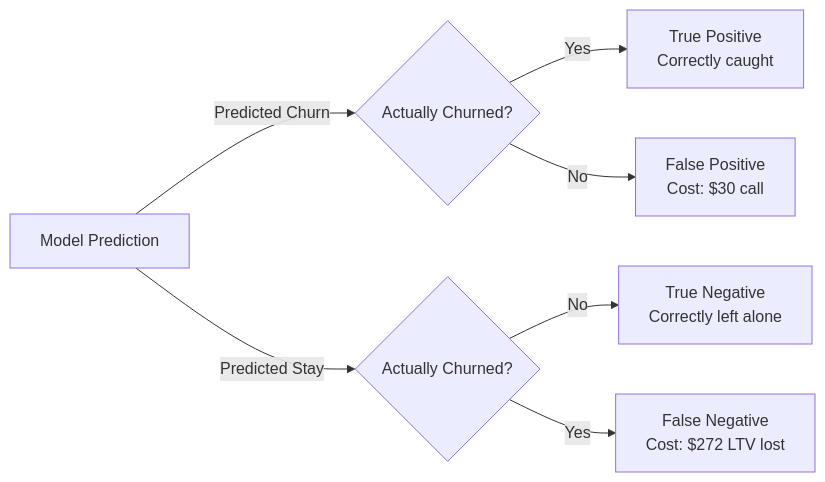
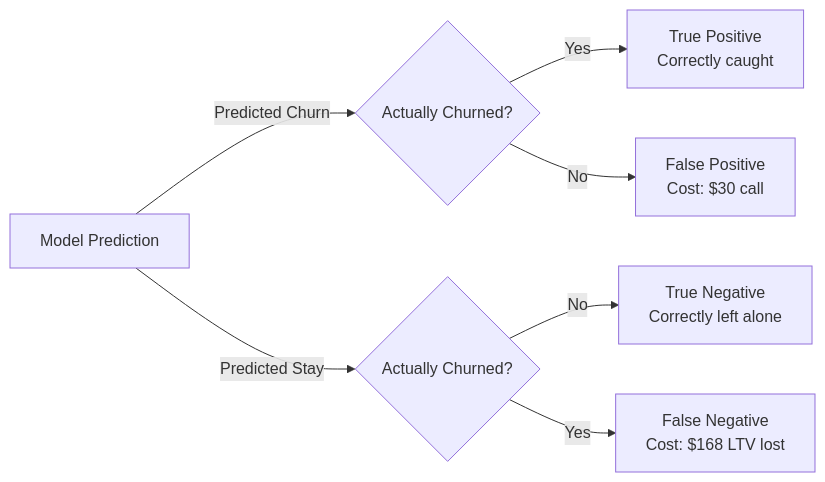
One commit to c-marq/cap4767-data-mining changed the third of 4 diagrams in readings/chapter-04-churn-eda-logistic-regression.md. Above: the diagram before and after it, drawn with Mermaid. The commit also changed other lines of this file and 7 other files, not shown here.

````diff
--- a/readings/chapter-04-churn-eda-logistic-regression.md
+++ b/readings/chapter-04-churn-eda-logistic-regression.md
@@ -178,10 +178,10 @@
 ```mermaid
 graph LR
     prediction[Model Prediction] -->|Predicted Churn| actual1{Actually Churned?}
     prediction -->|Predicted Stay| actual2{Actually Churned?}
     
     actual1 -->|Yes| tp[True Positive<br>Correctly caught]
     actual1 -->|No| fp[False Positive<br>Cost: $30 call]
     actual2 -->|No| tn[True Negative<br>Correctly left alone]
-    actual2 -->|Yes| fn[False Negative<br>Cost: $272 LTV lost]
+    actual2 -->|Yes| fn[False Negative<br>Cost: $168 LTV lost]
 ```
````
